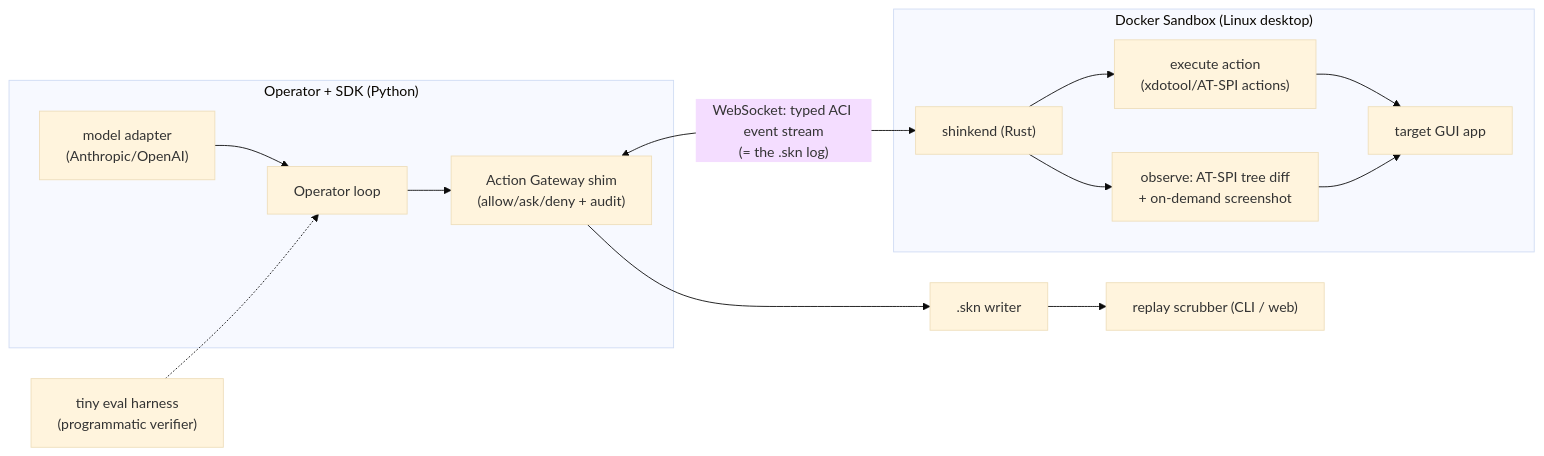
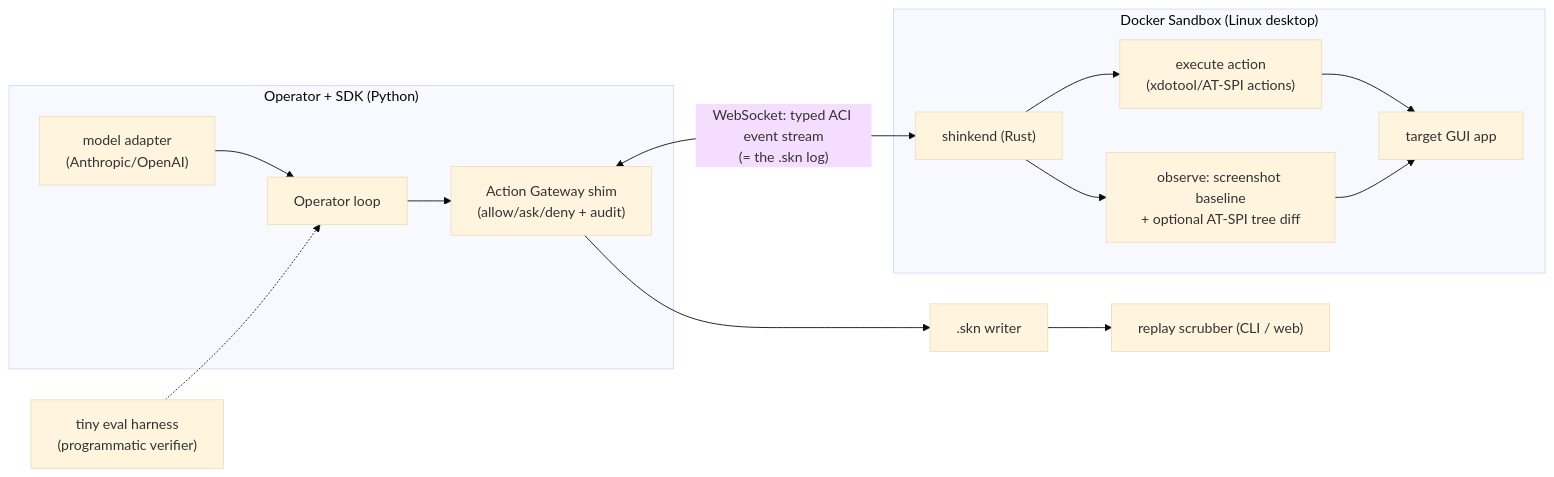
One commit to Meirtz/Shinken changed the first of 3 diagrams in docs/10-phase0-plan.md. Above: the diagram before and after it, drawn with Mermaid (base theme). The commit also changed other lines of this file and 10 other files, not shown here.

Commit message:
docs: make screenshot GUI loop the phase 0 baseline (#47)

````diff
--- a/docs/10-phase0-plan.md
+++ b/docs/10-phase0-plan.md
@@ -72,17 +75,17 @@
 ```mermaid
 flowchart LR
     subgraph Client["Operator + SDK (Python)"]
         AG["model adapter<br/>(Anthropic/OpenAI)"] --> OP["Operator loop"]
         OP --> GW["Action Gateway shim<br/>(allow/ask/deny + audit)"]
     end
     GW <-->|"WebSocket: typed ACI event stream<br/>(= the .skn log)"| SH
     subgraph Sandbox["Docker Sandbox (Linux desktop)"]
         SH["shinkend (Rust)"] --> ACT["execute action<br/>(xdotool/AT-SPI actions)"]
-        SH --> OBS["observe: AT-SPI tree diff<br/>+ on-demand screenshot"]
+        SH --> OBS["observe: screenshot baseline<br/>+ optional AT-SPI tree diff"]
         ACT --> APP["target GUI app"]
         OBS --> APP
     end
     GW --> SKN[".skn writer"]
     SKN --> VIEW["replay scrubber (CLI / web)"]
     EVAL["tiny eval harness<br/>(programmatic verifier)"] -.-> OP
 ```
````
